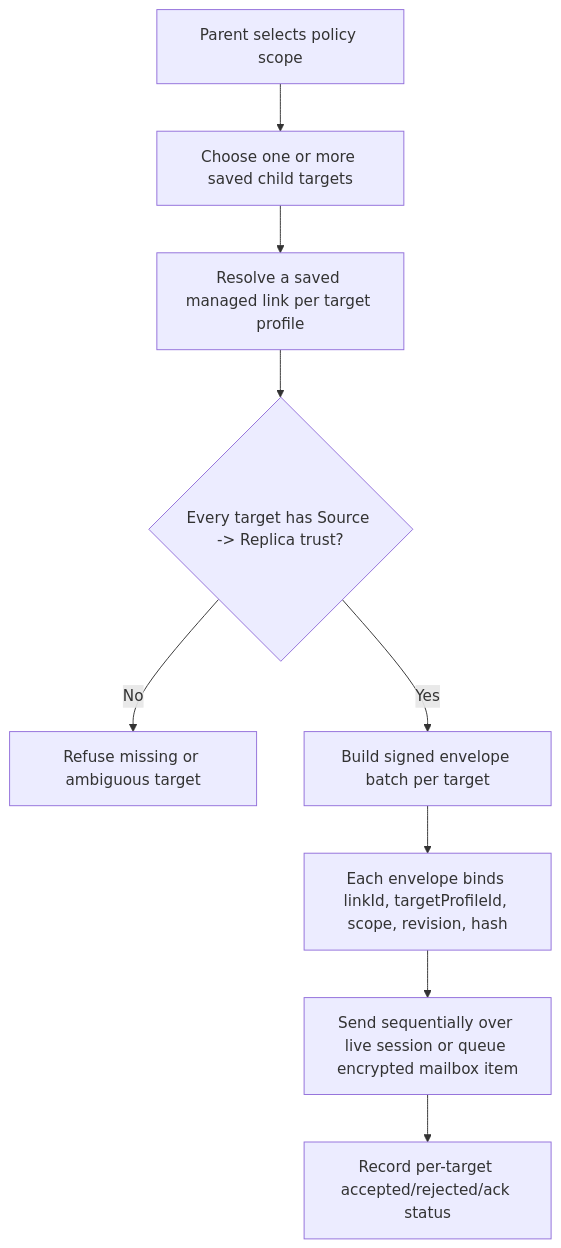
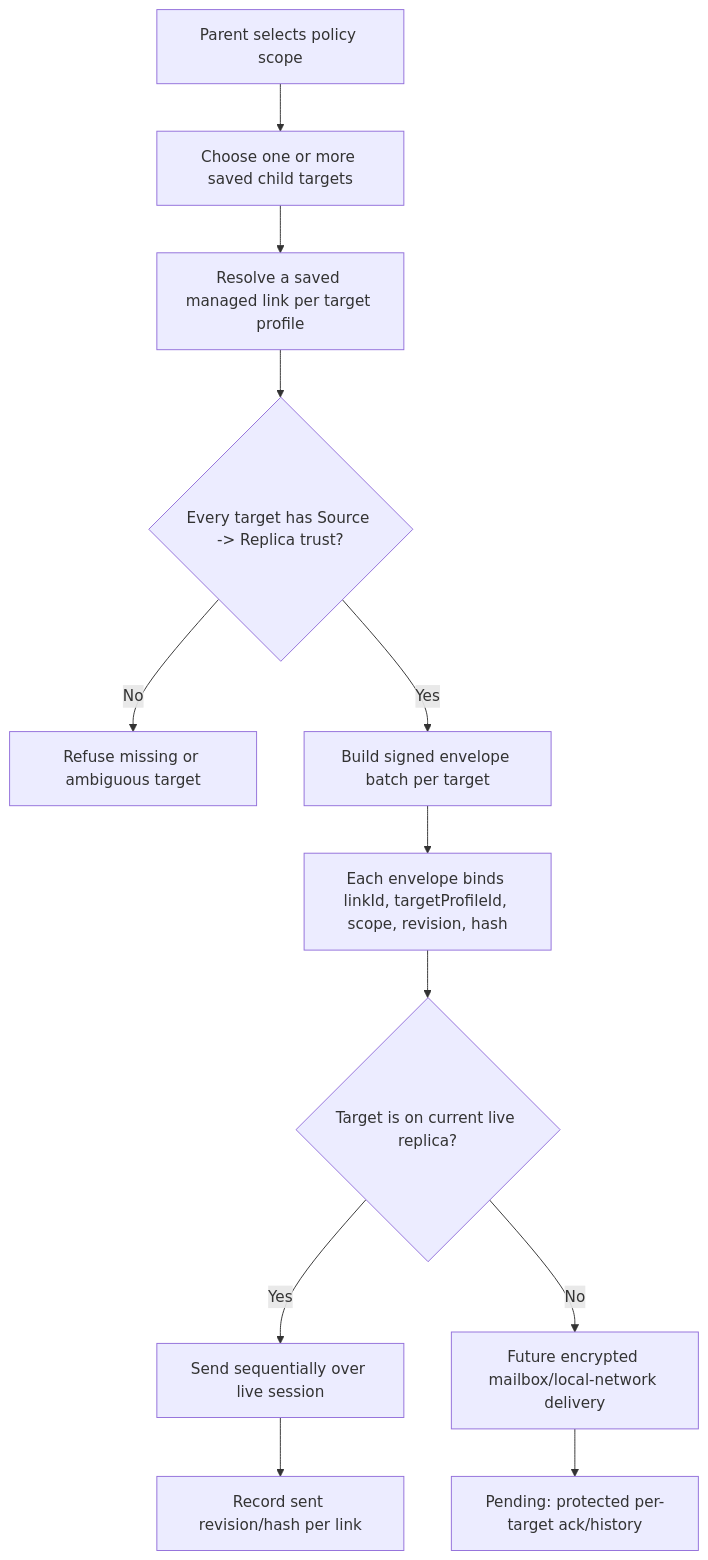
The diagram in docs/audit/FILTERTUBE_NANAH_MANAGED_MULTI_TARGET_FANOUT_BOUNDARY_2026-06-04.md (varshneydevansh/FilterTube), drawn with Mermaid before and after one commit. The commit also changed other lines of this file and 67 other files, not shown here.

````diff
--- a/docs/audit/FILTERTUBE_NANAH_MANAGED_MULTI_TARGET_FANOUT_BOUNDARY_2026-06-04.md
+++ b/docs/audit/FILTERTUBE_NANAH_MANAGED_MULTI_TARGET_FANOUT_BOUNDARY_2026-06-04.md
@@ -108,11 +130,14 @@
 ```mermaid
 flowchart TD
   A["Parent selects policy scope"] --> B["Choose one or more saved child targets"]
   B --> C["Resolve a saved managed link per target profile"]
   C --> D{"Every target has Source -> Replica trust?"}
   D -->|No| E["Refuse missing or ambiguous target"]
   D -->|Yes| F["Build signed envelope batch per target"]
   F --> G["Each envelope binds linkId, targetProfileId, scope, revision, hash"]
-  G --> H["Send sequentially over live session or queue encrypted mailbox item"]
-  H --> I["Record per-target accepted/rejected/ack status"]
+  G --> H{"Target is on current live replica?"}
+  H -->|Yes| I["Send sequentially over live session"]
+  H -->|No| J["Future encrypted mailbox/local-network delivery"]
+  I --> K["Record sent revision/hash per link"]
+  J --> L["Pending: protected per-target ack/history"]
 ```
````
